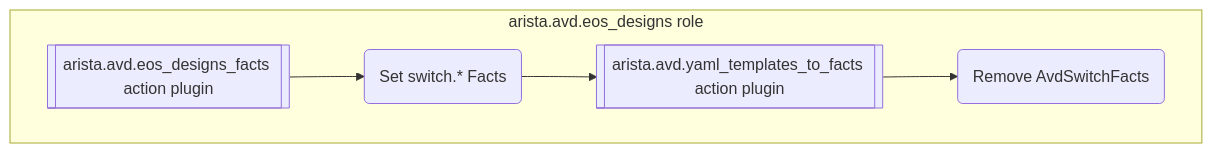
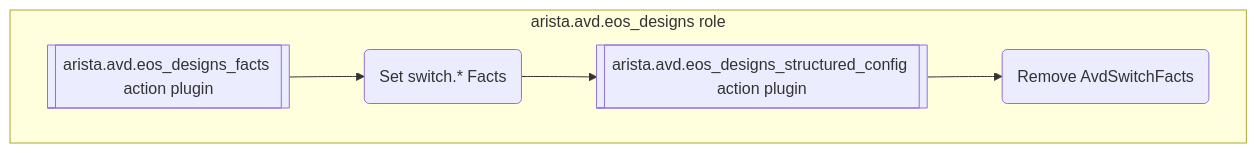
The first of 5 diagrams in ansible_collections/arista/avd/docs/contribution/eos_designs_internal_notes.md (aristanetworks/avd), drawn with Mermaid before and after one commit. The commit also changed other lines of this file and 42 other files, not shown here.

Commit message:
Refactor(eos_designs)!: Use builtin python_modules instead of "templates"

````diff
--- a/ansible_collections/arista/avd/docs/contribution/eos_designs_internal_notes.md
+++ b/ansible_collections/arista/avd/docs/contribution/eos_designs_internal_notes.md
@@ -9,9 +9,9 @@
 ```mermaid
 flowchart TD
   subgraph role[arista.avd.eos_designs role]
     eos_designs_facts[[arista.avd.eos_designs_facts action plugin]] -->
     SetSwitchFacts(Set switch.* Facts) -->
-    yaml_templates_to_facts[[arista.avd.yaml_templates_to_facts action plugin]]-->
+    eos_designs_structured_config[[arista.avd.eos_designs_structured_config action plugin]]-->
     RemoveAvdSwitchFacts(Remove AvdSwitchFacts)
   end
 ```
````
